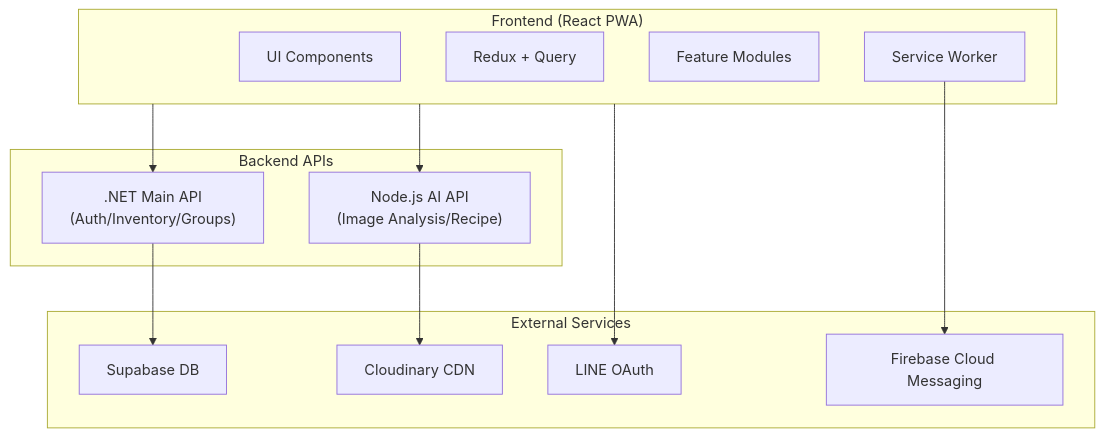
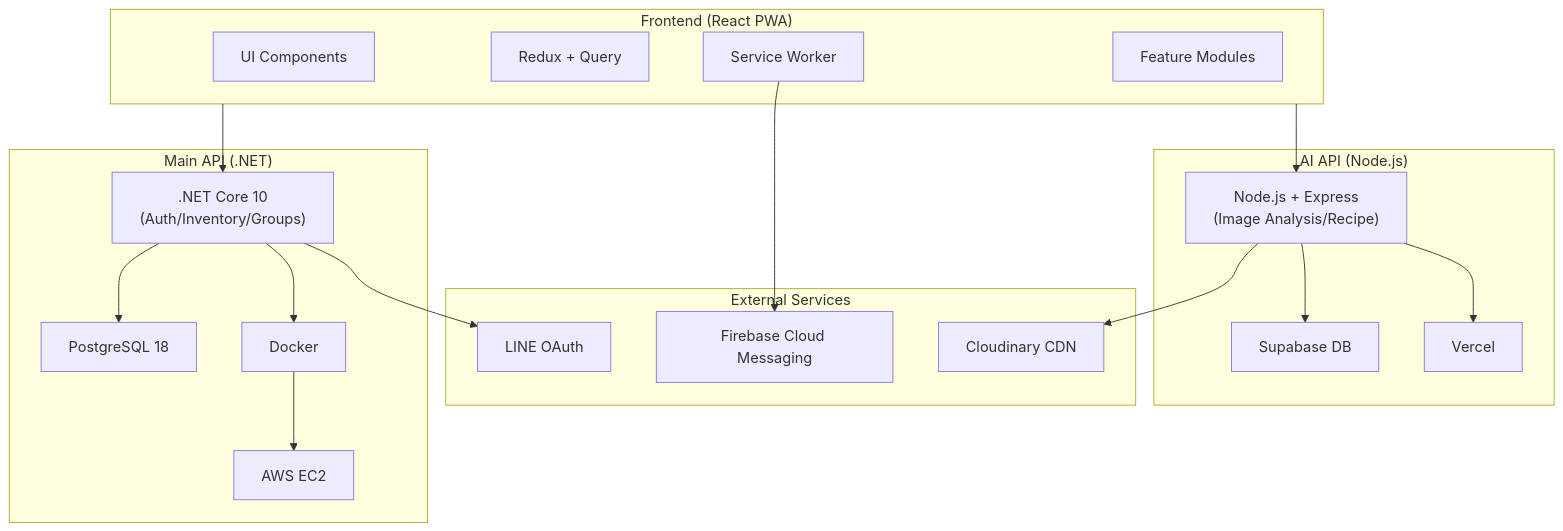
Before and after one commit to BakaRickyClariS/fufood: the diagram in README.md, drawn with Mermaid. The commit also changed other lines of this file, not shown here.

Commit message:
docs: 更新系統架構圖

````diff
--- a/README.md
+++ b/README.md
@@ -152,28 +187,39 @@
 ```mermaid
 graph TB
     subgraph Frontend["Frontend (React PWA)"]
         UI[UI Components]
         Store[Redux + Query]
+        SW[Service Worker]
         Modules[Feature Modules]
-        SW[Service Worker]
     end
 
-    subgraph Backend["Backend APIs"]
-        Main[".NET Main API<br/>(Auth/Inventory/Groups)"]
-        AI["Node.js AI API<br/>(Image Analysis/Recipe)"]
+    subgraph AIAPI["AI API (Node.js)"]
+        AI["Node.js + Express<br/>(Image Analysis/Recipe)"]
+        Supabase[Supabase DB]
+        Vercel[Vercel]
     end
 
     subgraph External["External Services"]
         LINE[LINE OAuth]
+        FCM[Firebase Cloud Messaging]
         Cloudinary[Cloudinary CDN]
-        FCM[Firebase Cloud Messaging]
-        Supabase[Supabase DB]
+    end
+
+    subgraph MainAPI["Main API (.NET)"]
+        Main[".NET Core 10<br/>(Auth/Inventory/Groups)"]
+        PostgreSQL[PostgreSQL 18]
+        Docker[Docker]
+        AWS[AWS EC2]
     end
 
     Frontend --> Main
     Frontend --> AI
-    Frontend --> LINE
+    Main --> PostgreSQL
+    Main --> Docker
+    Main --> LINE
+    Docker --> AWS
+    AI --> Supabase
     AI --> Cloudinary
-    Main --> Supabase
+    AI --> Vercel
     SW --> FCM
 ```
````
